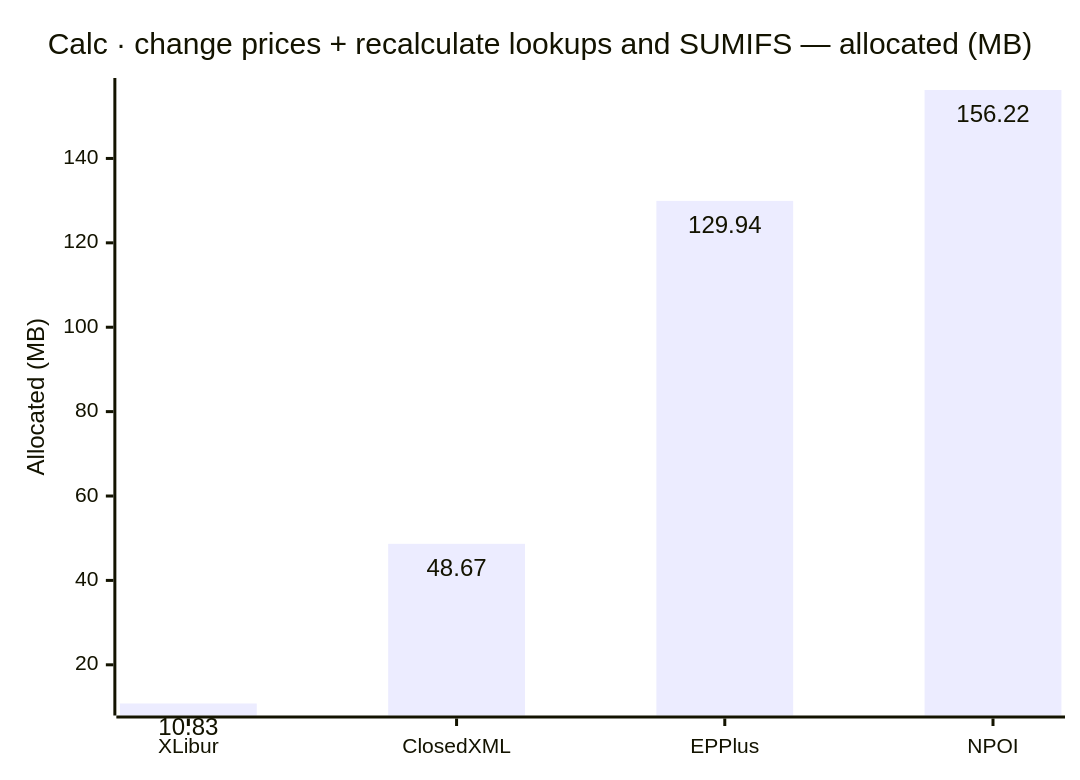
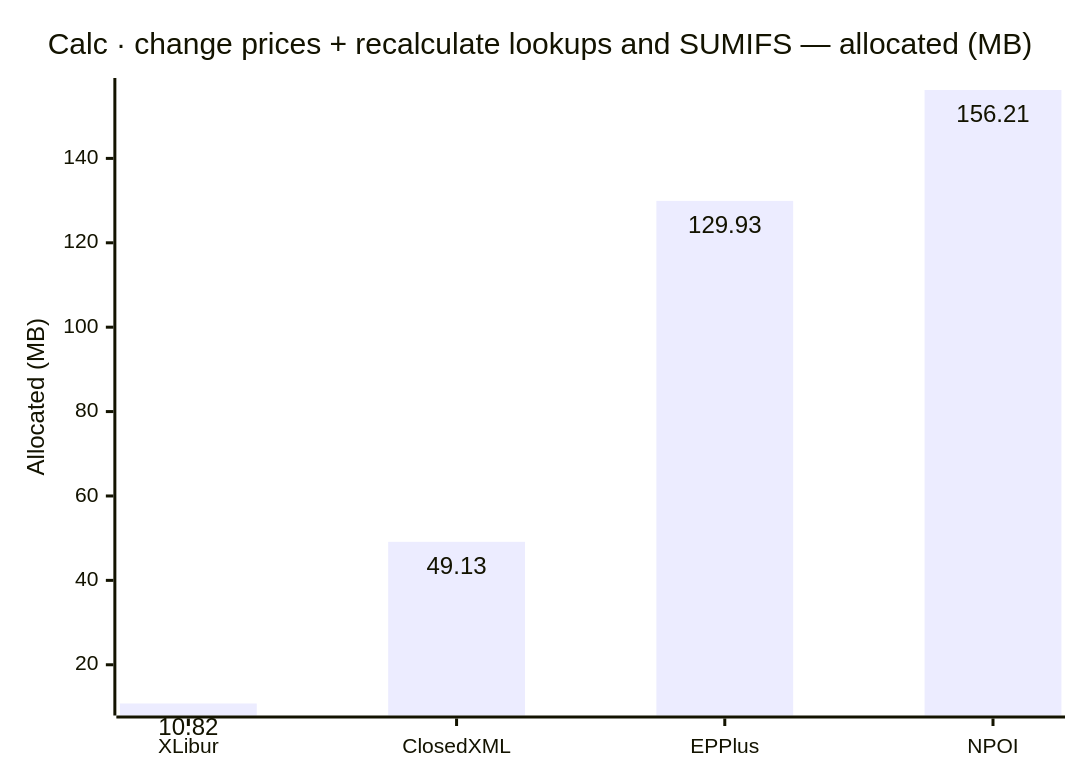
Before and after one commit to jafin/XLBench: diagram 16 of 18 in docs/results-ci.md, drawn with Mermaid. The commit also changed other lines of this file, not shown here.

````diff
--- a/docs/results-ci.md
+++ b/docs/results-ci.md
@@ -238,12 +238,12 @@
 ```mermaid
 ---
 config:
   xyChart:
     showDataLabel: true
 ---
 xychart-beta
     title "Calc · change prices + recalculate lookups and SUMIFS — allocated (MB)"
     x-axis ["XLibur", "ClosedXML", "EPPlus", "NPOI"]
     y-axis "Allocated (MB)"
-    bar [10.83, 48.67, 129.94, 156.22]
+    bar [10.82, 49.13, 129.93, 156.21]
 ```
````
